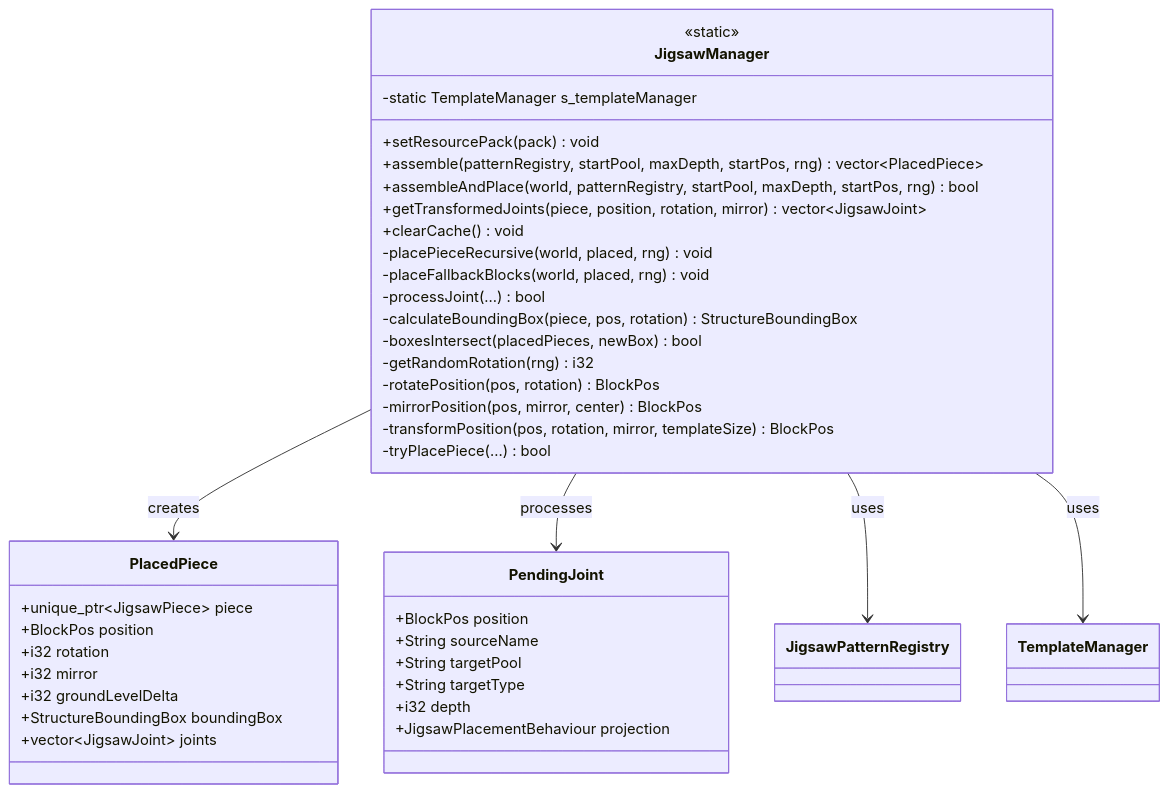
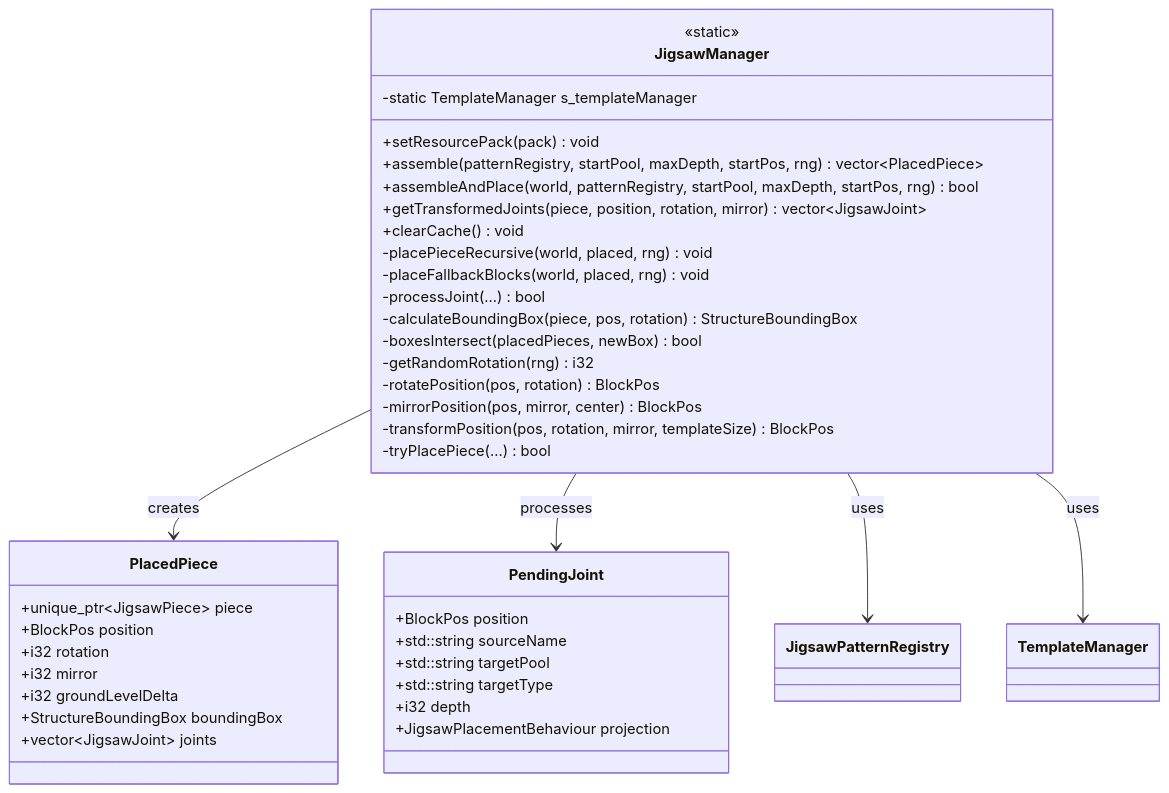
One commit to g122622/Cubium changed the third of 7 diagrams in src/common/world/gen/jigsaw/README.md. Above: the diagram before and after it, drawn with Mermaid. The commit also changed other lines of this file and 823 other files, not shown here.

````diff
--- a/src/common/world/gen/jigsaw/README.md
+++ b/src/common/world/gen/jigsaw/README.md
@@ -281,46 +281,46 @@
 ```mermaid
 classDiagram
     class PlacedPiece {
         +unique_ptr~JigsawPiece~ piece
         +BlockPos position
         +i32 rotation
         +i32 mirror
         +i32 groundLevelDelta
         +StructureBoundingBox boundingBox
         +vector~JigsawJoint~ joints
     }
 
     class PendingJoint {
         +BlockPos position
-        +String sourceName
-        +String targetPool
-        +String targetType
+        +std::string sourceName
+        +std::string targetPool
+        +std::string targetType
         +i32 depth
         +JigsawPlacementBehaviour projection
     }
 
     class JigsawManager {
         <<static>>
         -static TemplateManager s_templateManager
         +setResourcePack(pack) void
         +assemble(patternRegistry, startPool, maxDepth, startPos, rng) vector~PlacedPiece~
         +assembleAndPlace(world, patternRegistry, startPool, maxDepth, startPos, rng) bool
         +getTransformedJoints(piece, position, rotation, mirror) vector~JigsawJoint~
         +clearCache() void
         -placePieceRecursive(world, placed, rng) void
         -placeFallbackBlocks(world, placed, rng) void
         -processJoint(...) bool
         -calculateBoundingBox(piece, pos, rotation) StructureBoundingBox
         -boxesIntersect(placedPieces, newBox) bool
         -getRandomRotation(rng) i32
         -rotatePosition(pos, rotation) BlockPos
         -mirrorPosition(pos, mirror, center) BlockPos
         -transformPosition(pos, rotation, mirror, templateSize) BlockPos
         -tryPlacePiece(...) bool
     }
 
     JigsawManager --> PlacedPiece : creates
     JigsawManager --> PendingJoint : processes
     JigsawManager --> JigsawPatternRegistry : uses
     JigsawManager --> TemplateManager : uses
 ```
````
